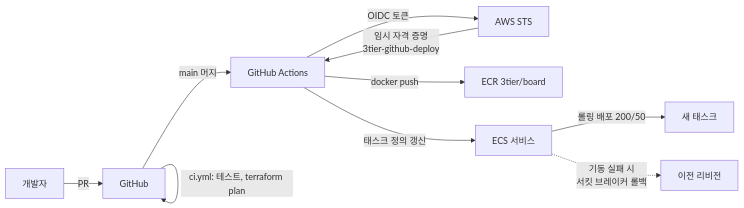
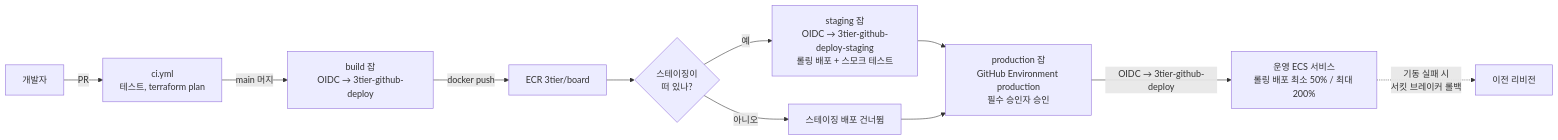
The third of 4 diagrams in docs/architecture.md (DDongHyun00/3-tier-terraform-ecs), drawn with Mermaid before and after one commit. The commit also changed other lines of this file and 16 other files, not shown here.

````diff
--- a/docs/architecture.md
+++ b/docs/architecture.md
@@ -85,12 +85,13 @@
 ```mermaid
 flowchart LR
-    DEV[개발자] -->|PR| GH[GitHub]
-    GH -->|ci.yml: 테스트, terraform plan| GH
-    GH -->|main 머지| GA[GitHub Actions]
-    GA -->|OIDC 토큰| STS[AWS STS]
-    STS -->|임시 자격 증명<br/>3tier-github-deploy| GA
-    GA -->|docker push| ECR[ECR 3tier/board]
-    GA -->|태스크 정의 갱신| ECS[ECS 서비스]
-    ECS -->|롤링 배포 200/50| T[새 태스크]
+    DEV[개발자] -->|PR| CI[ci.yml<br/>테스트, terraform plan]
+    CI -->|main 머지| B[build 잡<br/>OIDC → 3tier-github-deploy]
+    B -->|docker push| ECR[ECR 3tier/board]
+    ECR --> S{스테이징이<br/>떠 있나?}
+    S -->|예| SD[staging 잡<br/>OIDC → 3tier-github-deploy-staging<br/>롤링 배포 + 스모크 테스트]
+    S -->|아니오| SKIP[스테이징 배포 건너뜀]
+    SD --> AP[production 잡<br/>GitHub Environment production<br/>필수 승인자 승인]
+    SKIP --> AP
+    AP -->|OIDC → 3tier-github-deploy| ECS[운영 ECS 서비스<br/>롤링 배포 최소 50% / 최대 200%]
     ECS -.->|기동 실패 시<br/>서킷 브레이커 롤백| OLD[이전 리비전]
 ```
````
